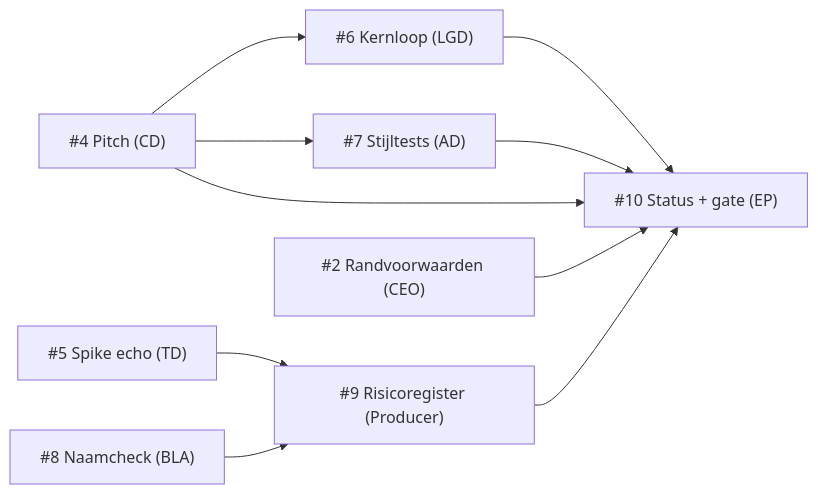
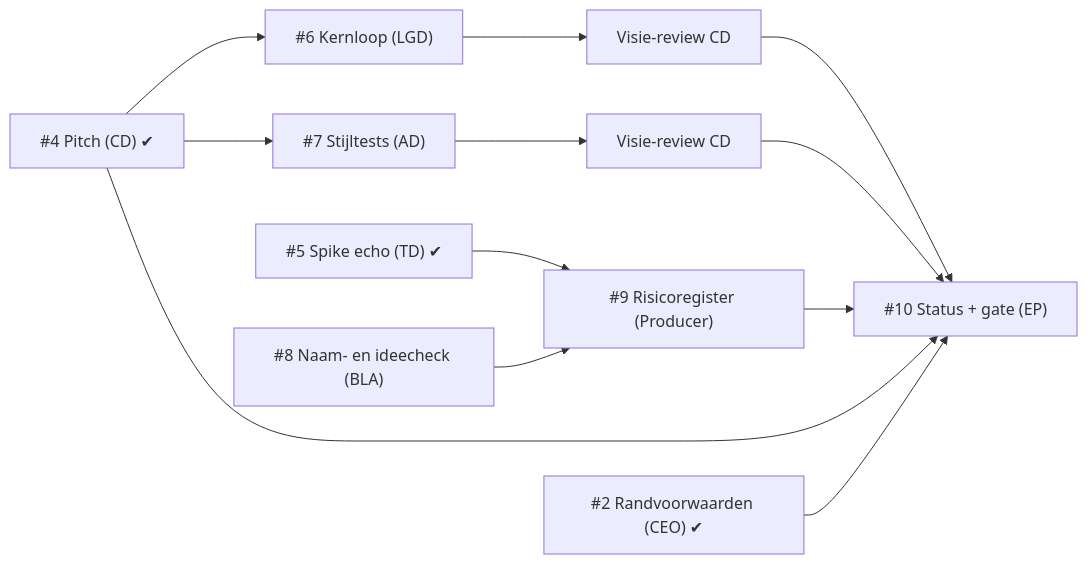
The diagram in docs/productie/fase-1-kader.md (cesarvangerwen-glitch/echoborn), drawn with Mermaid before and after one commit. The commit also changed other lines of this file and 1 other file, not shown here.

First line of the commit message:
[executive-producer] Fasekader v1.1 en roadmap v1.1: reviewpunten CD en randvoorwaarden (#3)

````diff
--- a/docs/productie/fase-1-kader.md
+++ b/docs/productie/fase-1-kader.md
@@ -64,12 +88,14 @@
 ```mermaid
 flowchart LR
-  P["#4 Pitch (CD)"] --> K["#6 Kernloop (LGD)"]
+  P["#4 Pitch (CD) ✔"] --> K["#6 Kernloop (LGD)"]
   P --> S["#7 Stijltests (AD)"]
-  T["#5 Spike echo (TD)"] --> R["#9 Risicoregister (Producer)"]
-  N["#8 Naamcheck (BLA)"] --> R
-  K --> G["#10 Status + gate (EP)"]
-  S --> G
+  K --> V1["Visie-review CD"]
+  S --> V2["Visie-review CD"]
+  T["#5 Spike echo (TD) ✔"] --> R["#9 Risicoregister (Producer)"]
+  N["#8 Naam- en ideecheck (BLA)"] --> R
+  V1 --> G["#10 Status + gate (EP)"]
+  V2 --> G
   R --> G
   P --> G
-  C["#2 Randvoorwaarden (CEO)"] --> G
+  C["#2 Randvoorwaarden (CEO) ✔"] --> G
 ```
````
